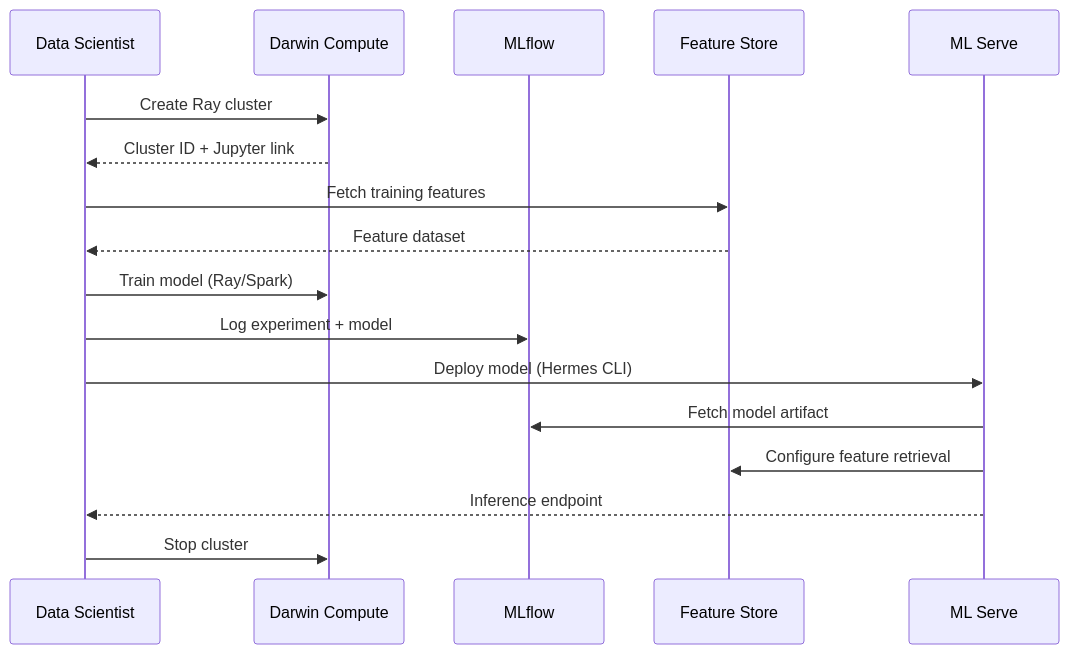
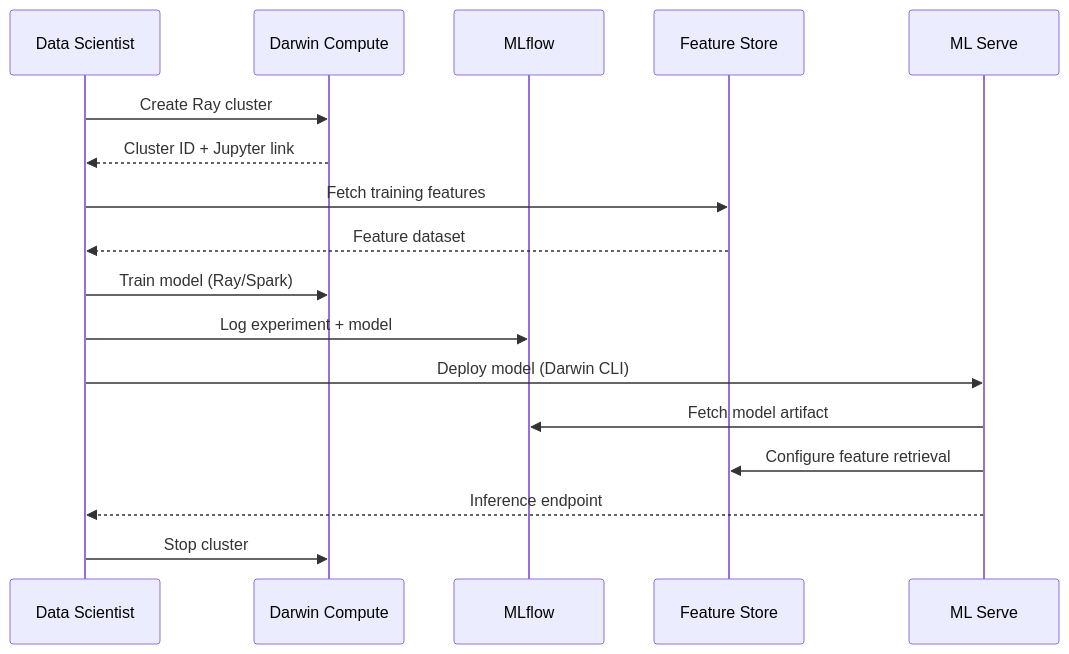
One commit to bharatv/darwin changed the second of 3 diagrams in README.md. Above: the diagram before and after it, drawn with Mermaid. The commit also changed other lines of this file and 7 other files, not shown here.

````diff
--- a/README.md
+++ b/README.md
@@ -1007,20 +998,20 @@
 ```mermaid
 sequenceDiagram
     participant DS as Data Scientist
     participant Compute as Darwin Compute
     participant MLflow as MLflow
     participant FS as Feature Store
     participant Serve as ML Serve
 
     DS->>Compute: Create Ray cluster
     Compute-->>DS: Cluster ID + Jupyter link
     DS->>FS: Fetch training features
     FS-->>DS: Feature dataset
     DS->>Compute: Train model (Ray/Spark)
     DS->>MLflow: Log experiment + model
-    DS->>Serve: Deploy model (Hermes CLI)
+    DS->>Serve: Deploy model (Darwin CLI)
     Serve->>MLflow: Fetch model artifact
     Serve->>FS: Configure feature retrieval
     Serve-->>DS: Inference endpoint
     DS->>Compute: Stop cluster
 ```
````
